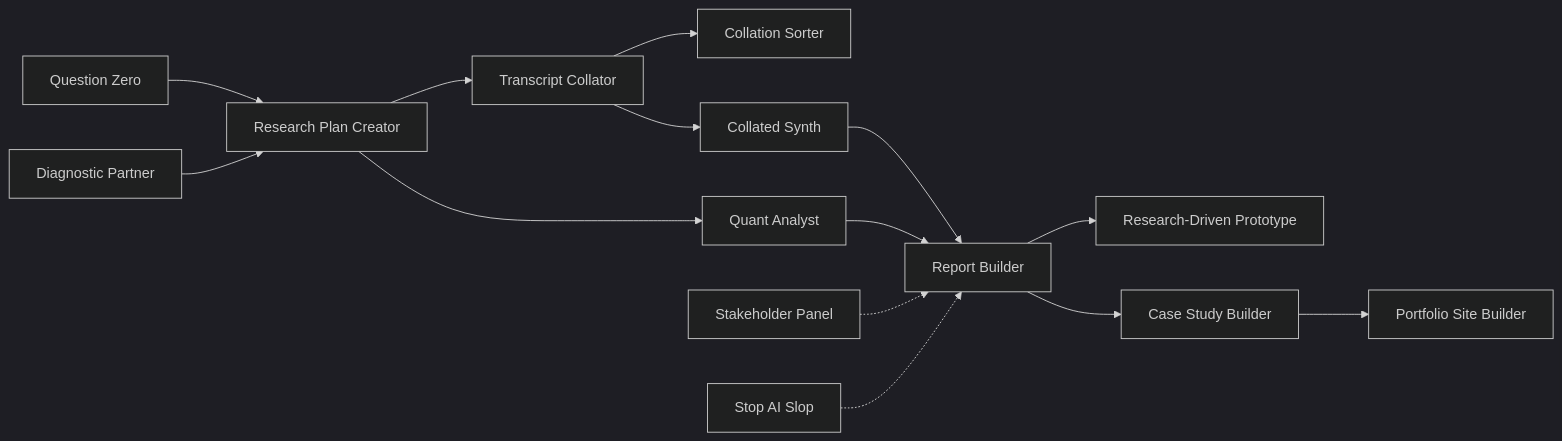
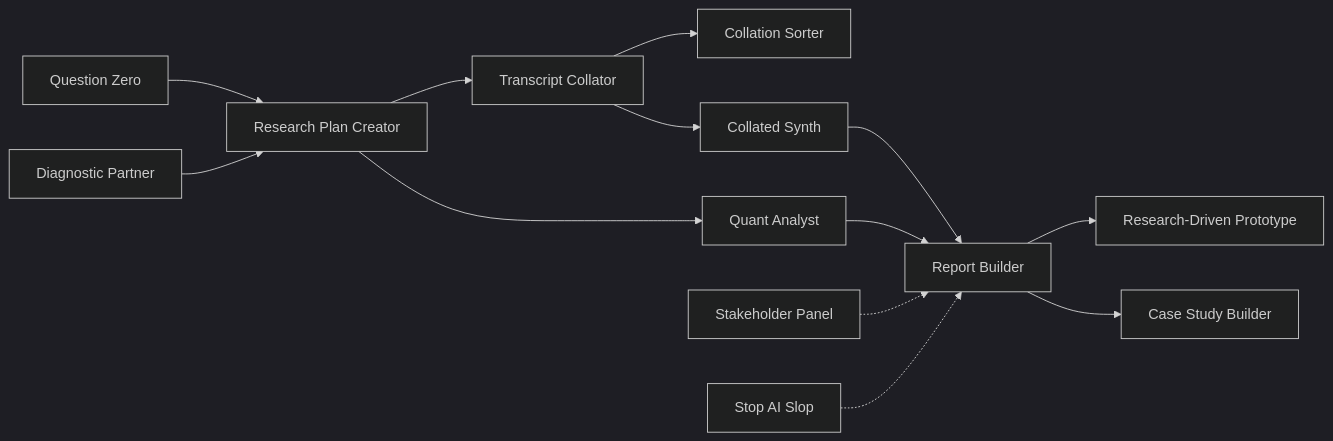
The diagram in README.md (nithyncj-cell/ai-uxr-stack), drawn with Mermaid (dark theme) before and after one commit. The commit also changed other lines of this file and 3 other files, not shown here.

First line of the commit message:
Back to 12 skills; Portfolio Site Builder is a free bonus in the Career pack

````diff
--- a/README.md
+++ b/README.md
@@ -70,16 +71,15 @@
 ```mermaid
 flowchart LR
   QZ[Question Zero] --> RPC[Research Plan Creator]
   DP[Diagnostic Partner] --> RPC
   RPC --> COL[Transcript Collator]
   COL --> SORT[Collation Sorter]
   COL --> SYN[Collated Synth]
   RPC --> QA[Quant Analyst]
   SYN --> RB[Report Builder]
   QA --> RB
   RB --> RDP[Research-Driven Prototype]
   RB --> CSB[Case Study Builder]
-  CSB --> PSB[Portfolio Site Builder]
   SP[Stakeholder Panel] -.-> RB
   SLOP[Stop AI Slop] -.-> RB
 ```
````
